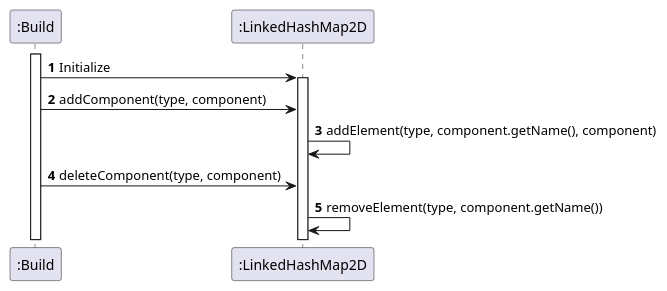
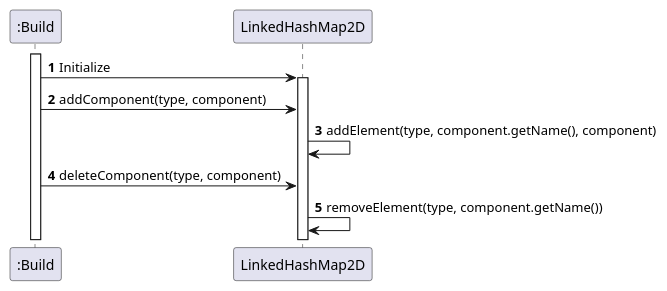
The diagram in docs/puml/BuildSequence.puml (nus-cs2113-AY2223S1/tp), drawn with PlantUML before and after one commit. The commit also changed 1 other file, not shown here.

Commit message:
Added colons to build sequence diagram and added some tests for ComponentsTest

```diff
--- a/docs/puml/BuildSequence.puml
+++ b/docs/puml/BuildSequence.puml
@@ -1,20 +1,20 @@
 @startuml
 'https://plantuml.com/sequence-diagram
 
 autonumber
 
 activate ":Build"
-":Build" -> ":LinkedHashMap2D": Initialize
+":Build" -> LinkedHashMap2D: Initialize
 
-activate ":LinkedHashMap2D"
+activate LinkedHashMap2D
 
-":Build" -> ":LinkedHashMap2D": addComponent(type, component)
+":Build" -> LinkedHashMap2D: addComponent(type, component)
 
-":LinkedHashMap2D" -> ":LinkedHashMap2D": addElement(type, component.getName(), component)
+LinkedHashMap2D -> LinkedHashMap2D: addElement(type, component.getName(), component)
 
-":Build" -> ":LinkedHashMap2D": deleteComponent(type, component)
+":Build" -> LinkedHashMap2D: deleteComponent(type, component)
 
-":LinkedHashMap2D" -> ":LinkedHashMap2D": removeElement(type, component.getName())
+LinkedHashMap2D -> LinkedHashMap2D: removeElement(type, component.getName())
 
 
 @enduml
```
